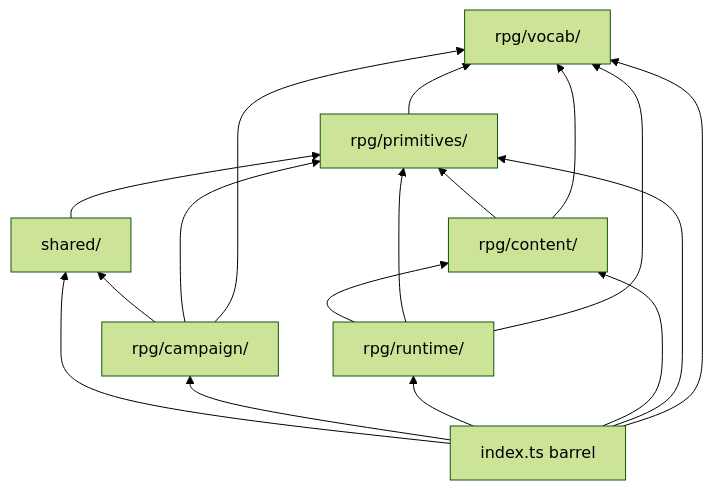
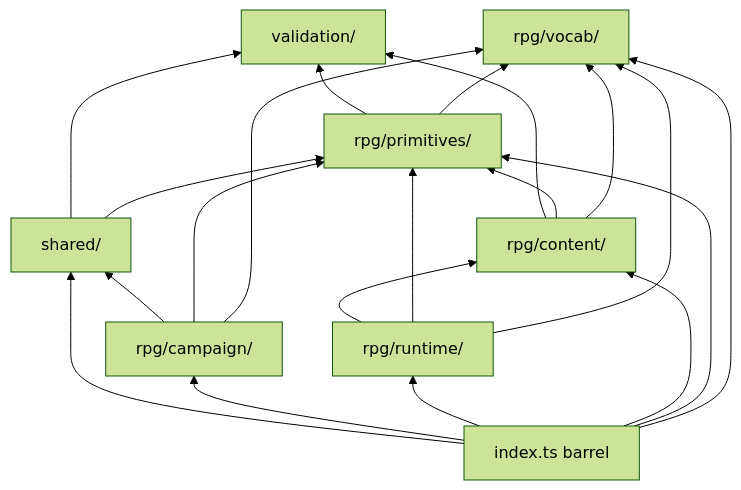
Before and after one commit to jeremyphillips/rpg-world-builder-app: the diagram in packages/contracts/docs/structure.md, drawn with Mermaid (forest theme). The commit also changed other lines of this file and 28 other files, not shown here.

Commit message:
refactor: introduce validation message architecture and improve error handling in forms

````diff
--- a/packages/contracts/docs/structure.md
+++ b/packages/contracts/docs/structure.md
@@ -33,27 +34,31 @@
 ```mermaid
 flowchart BT
+  validation["validation/"]
   shared["shared/"]
   campaign["rpg/campaign/"]
   runtime["rpg/runtime/"]
   content["rpg/content/"]
   primitives["rpg/primitives/"]
   vocab["rpg/vocab/"]
   index["index.ts barrel"]
 
+  shared --> validation
+  primitives --> validation
+  content --> validation
   campaign --> shared
   campaign --> primitives
   campaign --> vocab
   runtime --> content
   runtime --> primitives
   runtime --> vocab
   content --> primitives
   content --> vocab
   primitives --> vocab
   shared --> primitives
   index --> shared
   index --> campaign
   index --> runtime
   index --> content
   index --> primitives
   index --> vocab
 ```
````
